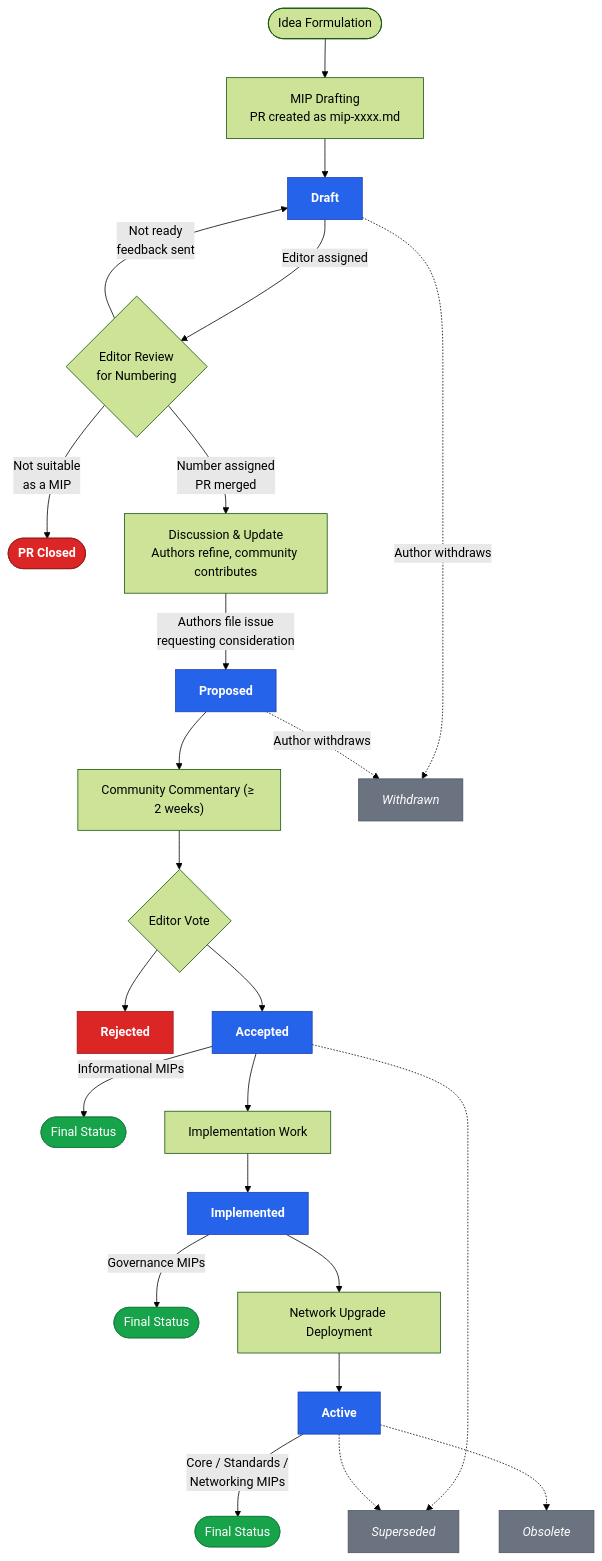
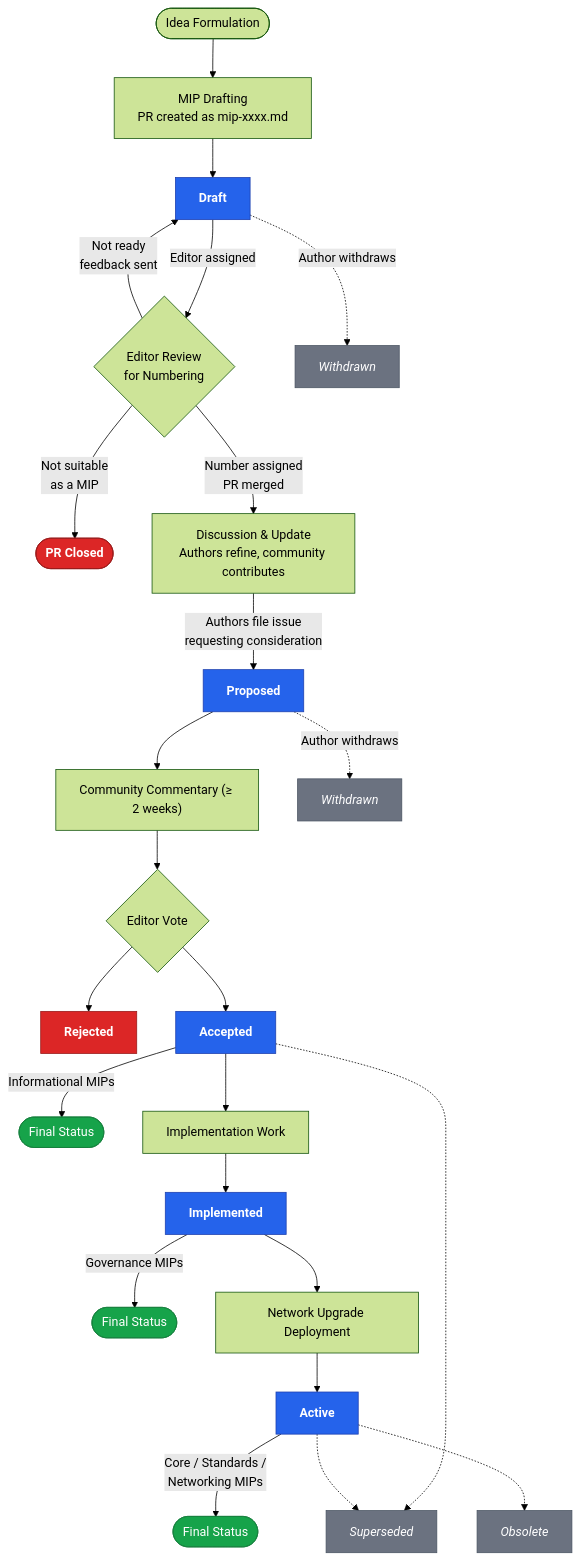
One commit to midnightntwrk/midnight-improvement-proposals changed the diagram in mips/mip-0001-Midnight-Improvement-Proposal-Process.md. Above: the diagram before and after it, drawn with Mermaid (forest theme).

Commit message:
Fix diagram layout: split Withdrawn into two nodes to prevent skew
Draft and Proposed each get their own Withdrawn node so the
dashed lines stay local instead of pulling the main flow sideways.

````diff
--- a/mips/mip-0001-Midnight-Improvement-Proposal-Process.md
+++ b/mips/mip-0001-Midnight-Improvement-Proposal-Process.md
@@ -63,45 +63,45 @@
 ```mermaid
 flowchart TD
     %% Process steps
     A([Idea Formulation]) --> B[MIP Drafting<br/>PR created as mip-xxxx.md]
     B --> Draft
 
     %% Status: Draft
     Draft[Draft]:::status -->|Editor assigned| C{Editor Review<br/>for Numbering}
     C -->|Not ready<br/>feedback sent| Draft
     C -->|Not suitable<br/>as a MIP| Closed([PR Closed]):::rejected
     C -->|Number assigned<br/>PR merged| D[Discussion & Update<br/>Authors refine, community contributes]
     D -->|Authors file issue<br/>requesting consideration| Proposed
 
     %% Status: Proposed
     Proposed[Proposed]:::status --> E["Community Commentary (≥ 2 weeks)"]
     E --> F{Editor Vote}
     F --> Rejected[Rejected]:::rejected
     F --> Accepted
 
     %% Status: Accepted
     Accepted[Accepted]:::status -->|Informational MIPs| Final1([Final Status]):::final
     Accepted --> G[Implementation Work]
 
     %% Status: Implemented
     G --> Implemented[Implemented]:::status
     Implemented -->|Governance MIPs| Final2([Final Status]):::final
     Implemented --> H[Network Upgrade Deployment]
 
     %% Status: Active
     H --> Active[Active]:::status
     Active -->|Core / Standards /<br/>Networking MIPs| Final3([Final Status]):::final
 
     %% Special statuses (exceptional transitions)
-    Draft -.->|Author withdraws| Withdrawn[Withdrawn]:::special
-    Proposed -.->|Author withdraws| Withdrawn
+    Draft -.->|Author withdraws| Withdrawn1[Withdrawn]:::special
+    Proposed -.->|Author withdraws| Withdrawn2[Withdrawn]:::special
     Accepted -.-> Superseded[Superseded]:::special
     Active -.-> Superseded
     Active -.-> Obsolete[Obsolete]:::special
 
     %% Styling
     classDef status fill:#2563eb,stroke:#1e40af,color:#fff,font-weight:bold
     classDef rejected fill:#dc2626,stroke:#991b1b,color:#fff,font-weight:bold
     classDef special fill:#6b7280,stroke:#4b5563,color:#fff,font-style:italic
     classDef final fill:#16a34a,stroke:#15803d,color:#fff
 ```
````
